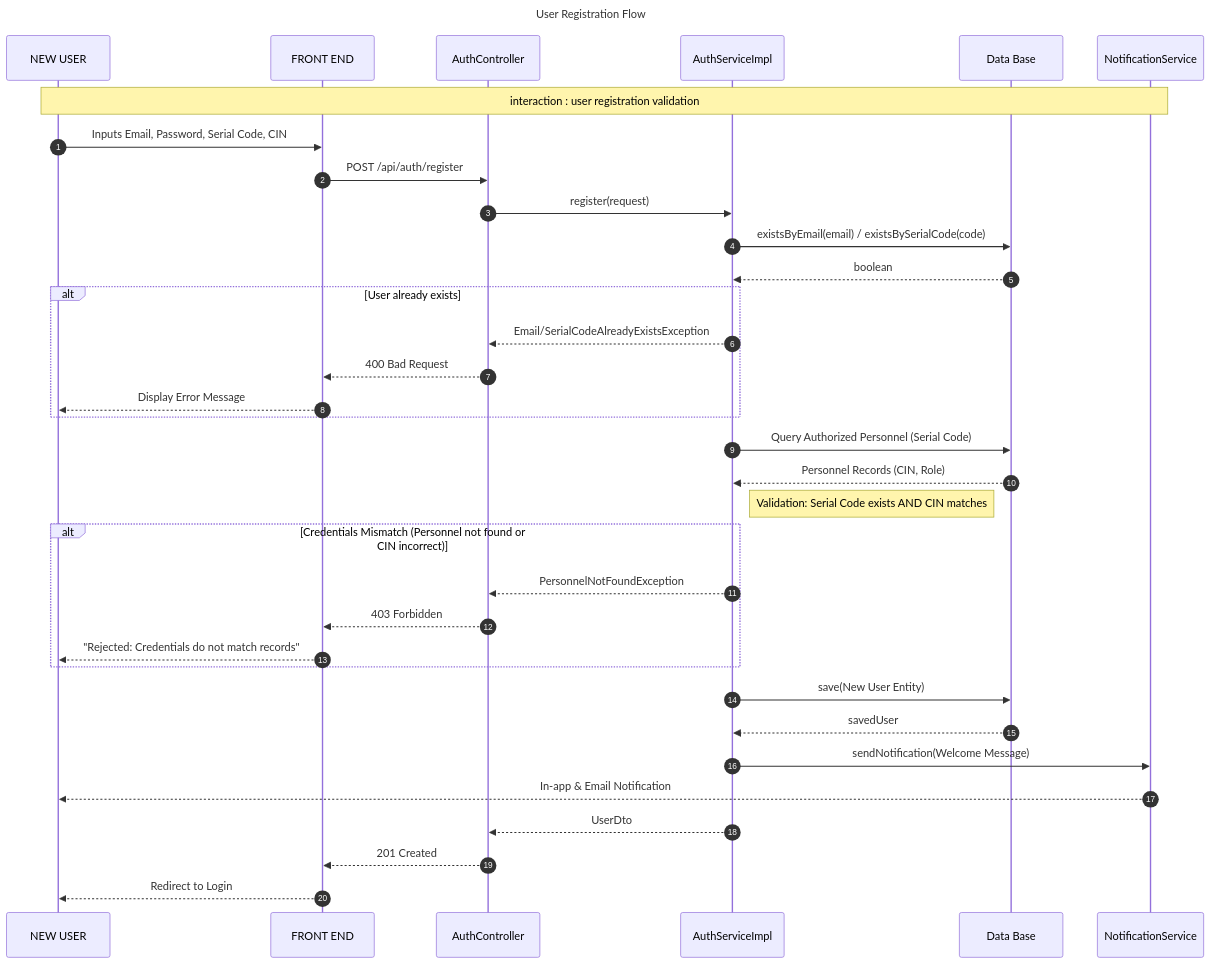
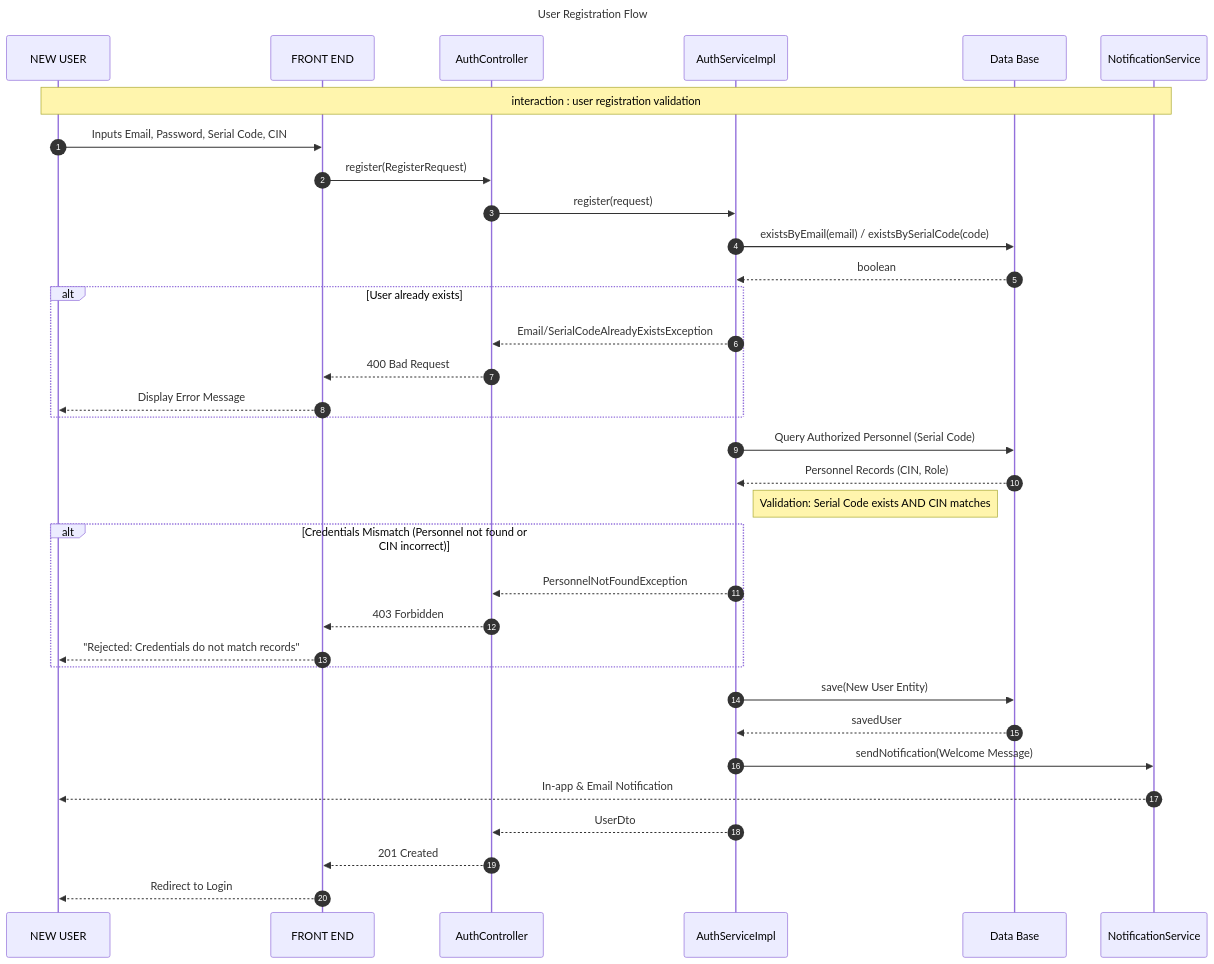
The first of 4 diagrams in uml_diagrams/auth_and_profile_sequences.md (chbichibsofiene/inspector), drawn with Mermaid before and after one commit. The commit also changed other lines of this file and 145 other files, not shown here.

Commit message:
Integrated mobile app, updated UI elements, and synced all UML diagrams with backend implementation

````diff
--- a/uml_diagrams/auth_and_profile_sequences.md
+++ b/uml_diagrams/auth_and_profile_sequences.md
@@ -8,47 +8,47 @@
 ```mermaid
 sequenceDiagram
     title: User Registration Flow
     autonumber
     participant USER as NEW USER
     participant FE as FRONT END
     participant AC as AuthController
     participant AS as AuthServiceImpl
     participant DB as Data Base
     participant NS as NotificationService
 
     Note over USER, NS: interaction : user registration validation
 
     USER->>FE: Inputs Email, Password, Serial Code, CIN
-    FE->>AC: POST /api/auth/register
+    FE->>AC: register(RegisterRequest)
     AC->>AS: register(request)
     
     AS->>DB: existsByEmail(email) / existsBySerialCode(code)
     DB-->>AS: boolean
     
     alt User already exists
         AS-->>AC: Email/SerialCodeAlreadyExistsException
         AC-->>FE: 400 Bad Request
         FE-->>USER: Display Error Message
     end
 
     AS->>DB: Query Authorized Personnel (Serial Code)
     DB-->>AS: Personnel Records (CIN, Role)
 
     Note right of AS: Validation: Serial Code exists AND CIN matches
 
     alt Credentials Mismatch (Personnel not found or CIN incorrect)
         AS-->>AC: PersonnelNotFoundException
         AC-->>FE: 403 Forbidden
         FE-->>USER: "Rejected: Credentials do not match records"
     end
 
     AS->>DB: save(New User Entity)
     DB-->>AS: savedUser
 
     AS->>NS: sendNotification(Welcome Message)
     NS-->>USER: In-app & Email Notification
 
     AS-->>AC: UserDto
     AC-->>FE: 201 Created
     FE-->>USER: Redirect to Login
 ```
````
